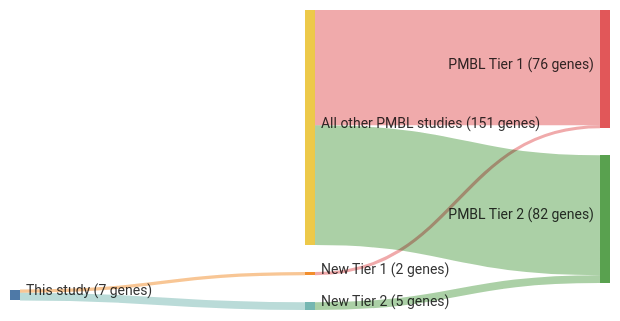
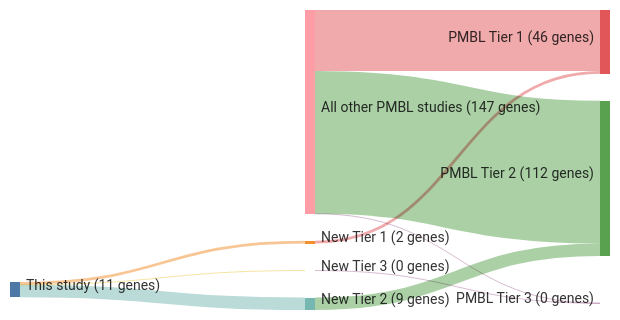
The diagram in papers/gomezUltraDeepSequencingReveals2023.md (morinlab/lymphopedia), drawn with Mermaid before and after one commit. The commit also changed other lines of this file and 81 other files, not shown here.

````diff
--- a/papers/gomezUltraDeepSequencingReveals2023.md
+++ b/papers/gomezUltraDeepSequencingReveals2023.md
@@ -12,20 +12,23 @@
 ```mermaid
 ---
 config:
     sankey:
         showValues: true
         linkColor: target
         width: 600
         height: 300
         nodeAlignment: right
         prefix: '('
         suffix: ' genes)'
 ---
 sankey-beta
 This study, New Tier 1, 2
 New Tier 1, PMBL Tier 1, 2
-This study, New Tier 2, 5
-New Tier 2, PMBL Tier 2, 5
-All other PMBL studies, PMBL Tier 1, 74
-All other PMBL studies, PMBL Tier 2, 77
+This study, New Tier 2, 9
+New Tier 2, PMBL Tier 2, 9
+This study, New Tier 3, 0
+New Tier 3, PMBL Tier 3, 0
+All other PMBL studies, PMBL Tier 1, 44
+All other PMBL studies, PMBL Tier 2, 103
+All other PMBL studies, PMBL Tier 3, 0
 ```
````
